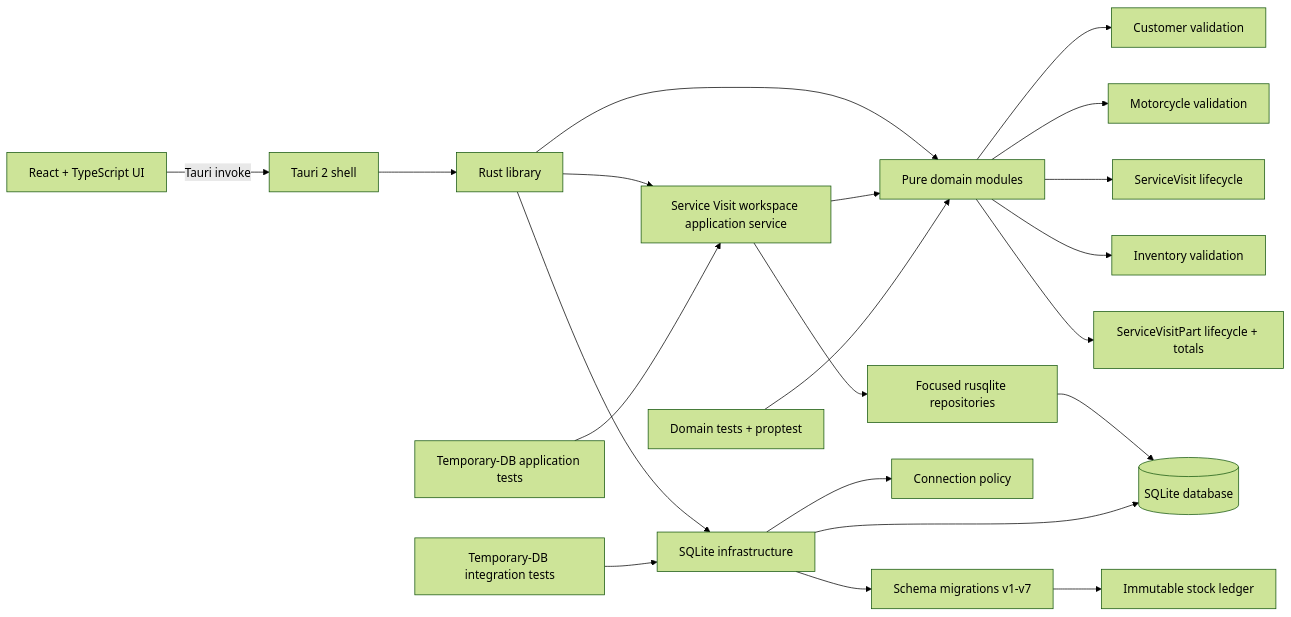
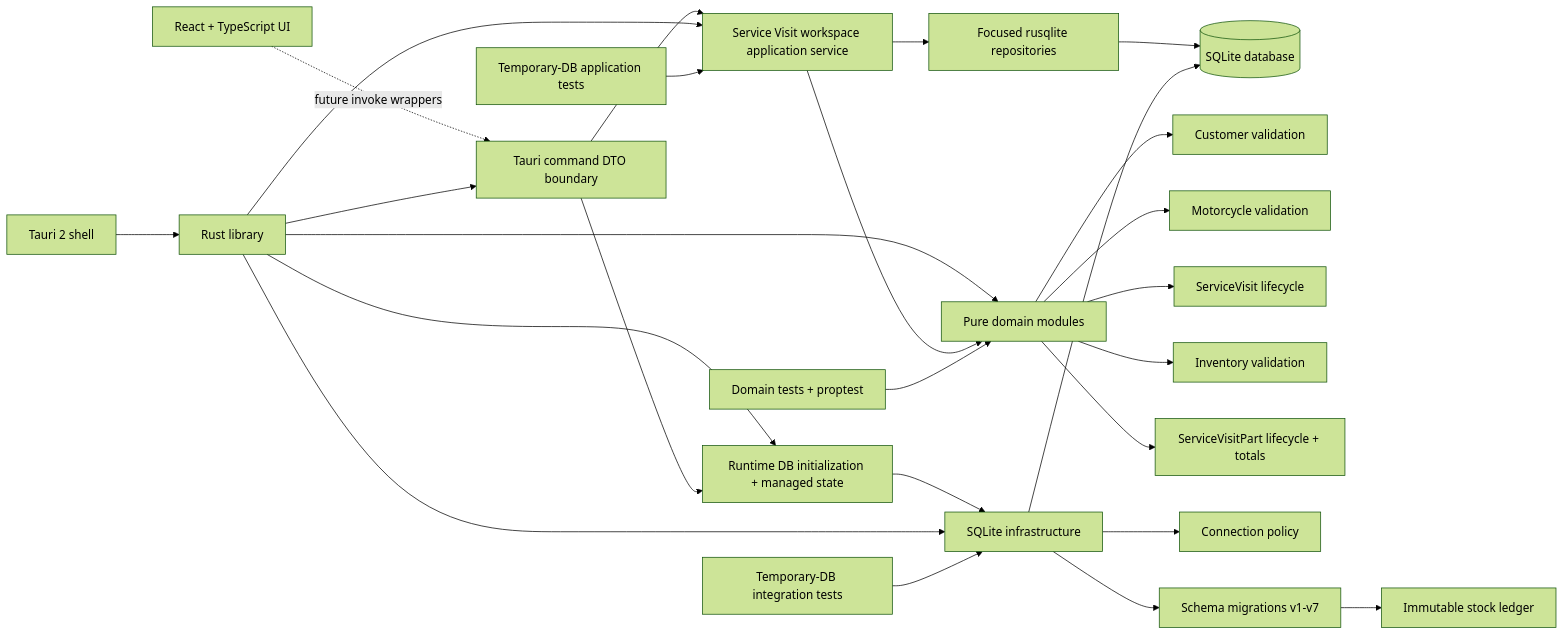
The diagram in SOFTWARE_ARCHITECTURE.md (abdfarasin/moto-workshop), drawn with Mermaid (forest theme) before and after one commit. The commit also changed other lines of this file and 6 other files, not shown here.

````diff
--- a/SOFTWARE_ARCHITECTURE.md
+++ b/SOFTWARE_ARCHITECTURE.md
@@ -7,25 +7,30 @@
 ```mermaid
 flowchart LR
-    UI[React + TypeScript UI] -->|Tauri invoke| SHELL[Tauri 2 shell]
-    SHELL --> LIB[Rust library]
+    UI[React + TypeScript UI] -.->|future invoke wrappers| COMMANDS[Tauri command DTO boundary]
+    SHELL[Tauri 2 shell] --> LIB[Rust library]
+    LIB --> COMMANDS
+    LIB --> RUNTIME[Runtime DB initialization + managed state]
+    COMMANDS --> APP
+    COMMANDS --> RUNTIME
+    RUNTIME --> DB
     LIB --> APP[Service Visit workspace application service]
     LIB --> DOMAIN[Pure domain modules]
     LIB --> DB[SQLite infrastructure]
     APP --> DOMAIN
     APP --> REPOS[Focused rusqlite repositories]
     REPOS --> SQLITE
     DB --> SQLITE[(SQLite database)]
 
     DOMAIN --> CUSTOMER[Customer validation]
     DOMAIN --> MOTORCYCLE[Motorcycle validation]
     DOMAIN --> VISIT[ServiceVisit lifecycle]
     DOMAIN --> INVENTORY[Inventory validation]
     DOMAIN --> PARTS[ServiceVisitPart lifecycle + totals]
     DB --> CONNECTION[Connection policy]
     DB --> MIGRATIONS[Schema migrations v1-v7]
     MIGRATIONS --> LEDGER[Immutable stock ledger]
 
     DTESTS[Domain tests + proptest] --> DOMAIN
     DBTESTS[Temporary-DB integration tests] --> DB
     APPTESTS[Temporary-DB application tests] --> APP
 ```
````
